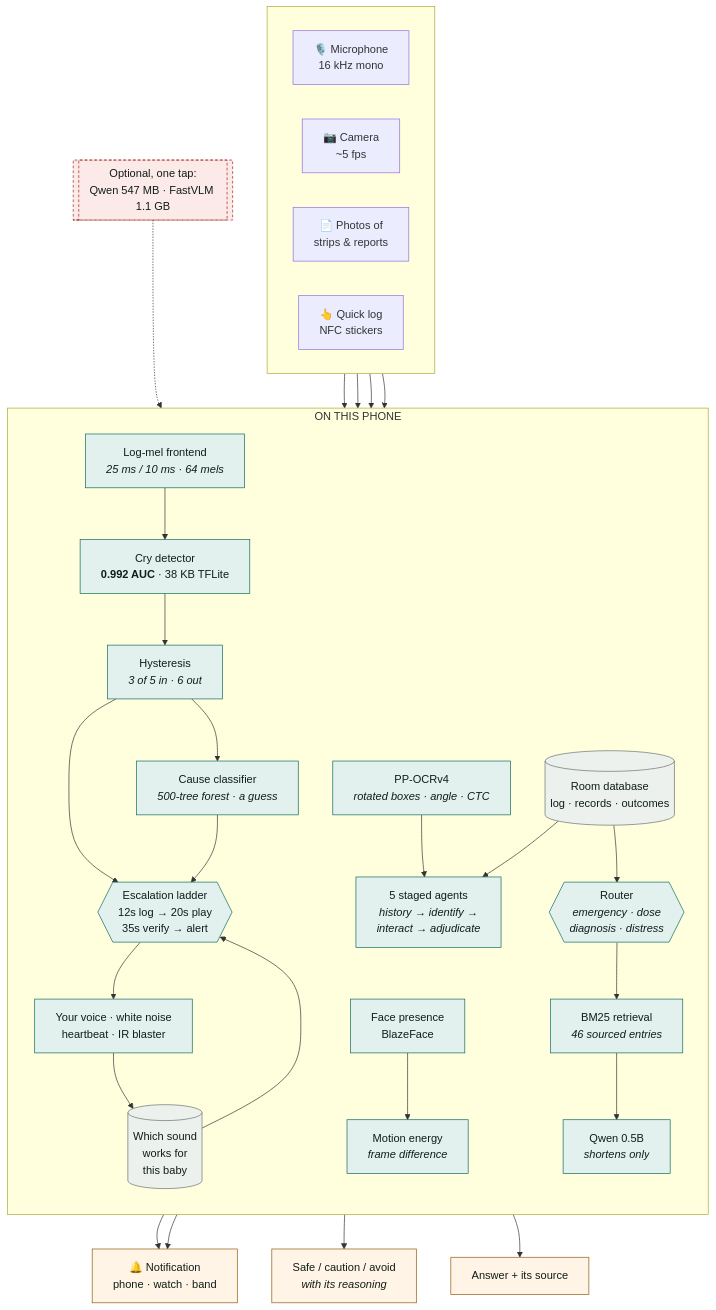
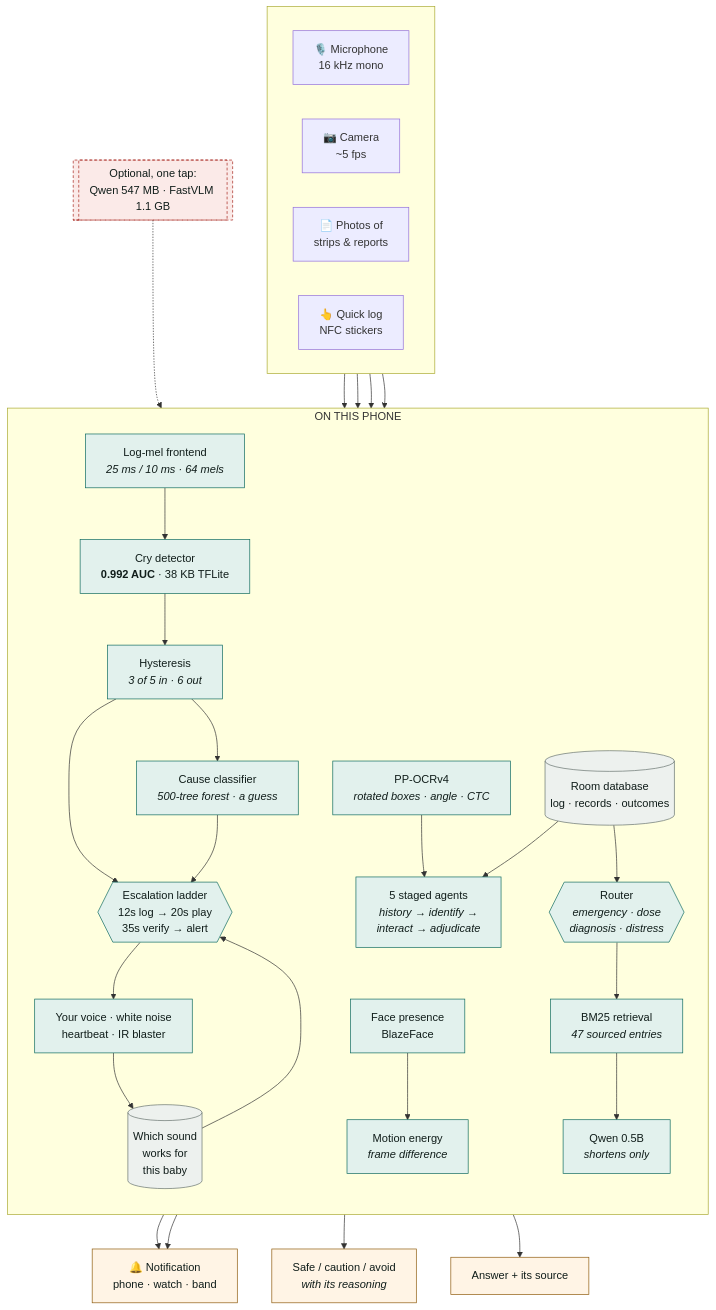
One commit to nandini-kuppala/Nila changed the diagram in README.md. Above: the diagram before and after it, drawn with Mermaid. The commit also changed other lines of this file and 20 other files, not shown here.

````diff
--- a/README.md
+++ b/README.md
@@ -109,62 +109,62 @@
 ```mermaid
 flowchart TB
     subgraph inputs [" "]
         direction LR
         MIC["🎙️ Microphone<br/>16 kHz mono"]
         CAM["📷 Camera<br/>~5 fps"]
         DOC["📄 Photos of<br/>strips &amp; reports"]
         TAP["👆 Quick log<br/>NFC stickers"]
     end
 
     subgraph device ["ON THIS PHONE"]
         direction TB
 
         FE["Log-mel frontend<br/><i>25 ms / 10 ms · 64 mels</i>"]
         DET["Cry detector<br/><b>0.992 AUC</b> · 38 KB TFLite"]
         HYS["Hysteresis<br/><i>3 of 5 in · 6 out</i>"]
         RF["Cause classifier<br/><i>500-tree forest · a guess</i>"]
 
         LADDER{{"Escalation ladder<br/>12s log → 20s play<br/>35s verify → alert"}}
         SOOTHE["Your voice · white noise<br/>heartbeat · IR blaster"]
         MEM[("Which sound<br/>works for<br/>this baby")]
 
         FACE["Face presence<br/>BlazeFace"]
         MOT["Motion energy<br/><i>frame difference</i>"]
 
         OCR["PP-OCRv4<br/><i>rotated boxes · angle · CTC</i>"]
         AGENTS["5 staged agents<br/><i>history → identify →<br/>interact → adjudicate</i>"]
 
         ROUTE{{"Router<br/><i>emergency · dose<br/>diagnosis · distress</i>"}}
-        BM25["BM25 retrieval<br/><i>46 sourced entries</i>"]
+        BM25["BM25 retrieval<br/><i>47 sourced entries</i>"]
         LLM["Qwen 0.5B<br/><i>shortens only</i>"]
 
         DB[("Room database<br/>log · records · outcomes")]
     end
 
     MIC --> FE --> DET --> HYS --> LADDER
     HYS --> RF --> LADDER
     LADDER --> SOOTHE --> MEM --> LADDER
     CAM --> FACE --> MOT
     DOC --> OCR --> AGENTS
     TAP --> DB
     DB --> AGENTS
     DB --> ROUTE
     ROUTE --> BM25 --> LLM
 
     LADDER --> ALERT["🔔 Notification<br/>phone · watch · band"]
     MOT --> ALERT
     AGENTS --> VERDICT["Safe / caution / avoid<br/><i>with its reasoning</i>"]
     LLM --> ANSWER["Answer + its source"]
 
     NET[["Optional, one tap:<br/>Qwen 547 MB · FastVLM 1.1 GB"]]
     NET -.-> LLM
 
     classDef box fill:#E2F1ED,stroke:#0F6B60,stroke-width:1px,color:#101D1A
     classDef out fill:#FFF4E5,stroke:#8F5C0E,color:#101D1A
     classDef net fill:#FBEAE8,stroke:#A6231C,stroke-dasharray:4 3,color:#101D1A
     classDef store fill:#EDF1EE,stroke:#68746F,color:#101D1A
     class FE,DET,HYS,RF,LADDER,SOOTHE,FACE,MOT,OCR,AGENTS,ROUTE,BM25,LLM box
     class ALERT,VERDICT,ANSWER out
     class NET net
     class DB,MEM store
 ```
````
